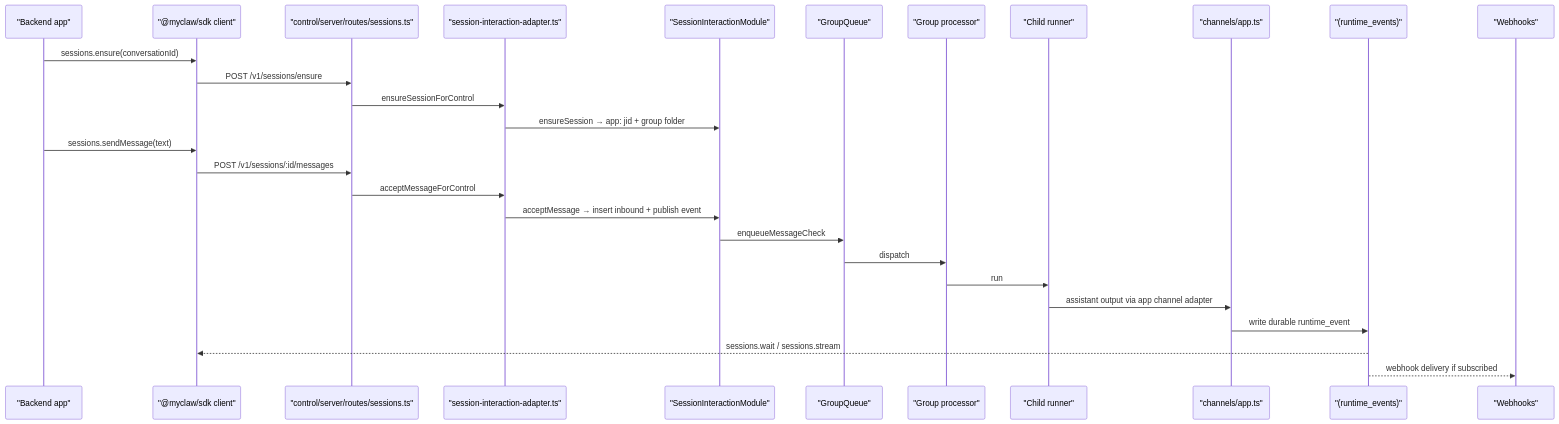
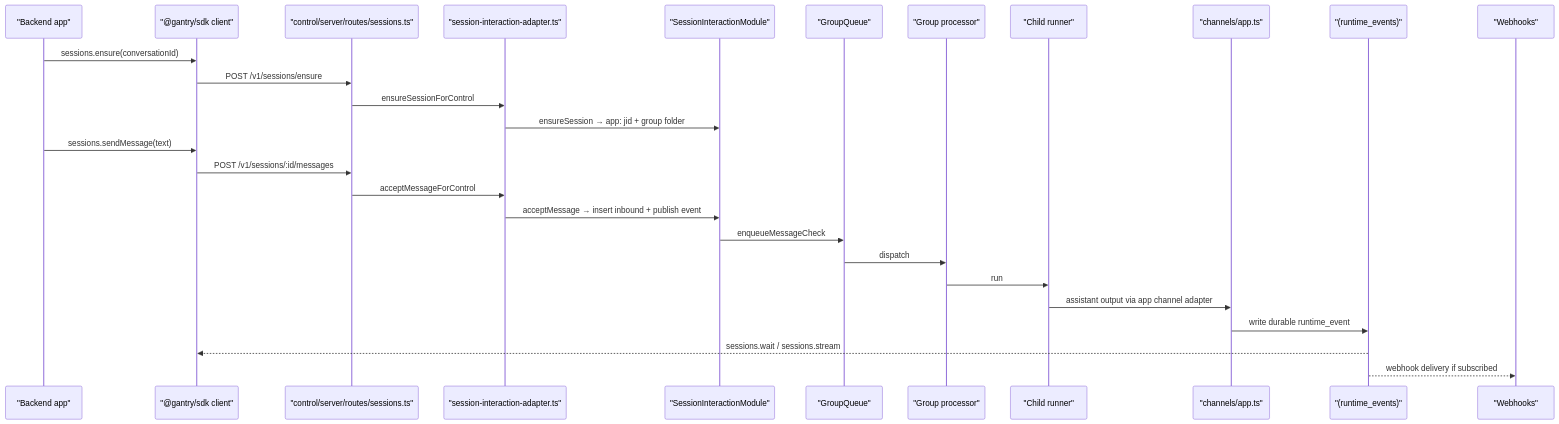
Diagram 11 of 12 in docs/architecture/overview.md (knacklabs/gantry), drawn with Mermaid before and after one commit. The commit also changed other lines of this file and 142 other files, not shown here.

````diff
--- a/docs/architecture/overview.md
+++ b/docs/architecture/overview.md
@@ -574,30 +574,30 @@
 ```mermaid
 sequenceDiagram
   participant App as "Backend app"
-  participant SDK as "@myclaw/sdk client"
+  participant SDK as "@gantry/sdk client"
   participant Routes as "control/server/routes/sessions.ts"
   participant Adapter as "session-interaction-adapter.ts"
   participant Module as "SessionInteractionModule"
   participant Queue as "GroupQueue"
   participant Proc as "Group processor"
   participant Agent as "Child runner"
   participant App2 as "channels/app.ts"
   participant Events as "(runtime_events)"
   participant Hooks as "Webhooks"
 
   App->>SDK: sessions.ensure(conversationId)
   SDK->>Routes: POST /v1/sessions/ensure
   Routes->>Adapter: ensureSessionForControl
   Adapter->>Module: ensureSession → app: jid + group folder
   App->>SDK: sessions.sendMessage(text)
   SDK->>Routes: POST /v1/sessions/:id/messages
   Routes->>Adapter: acceptMessageForControl
   Adapter->>Module: acceptMessage → insert inbound + publish event
   Module->>Queue: enqueueMessageCheck
   Queue->>Proc: dispatch
   Proc->>Agent: run
   Agent->>App2: assistant output via app channel adapter
   App2->>Events: write durable runtime_event
   Events-->>SDK: sessions.wait / sessions.stream
   Events-->>Hooks: webhook delivery if subscribed
 ```
````
